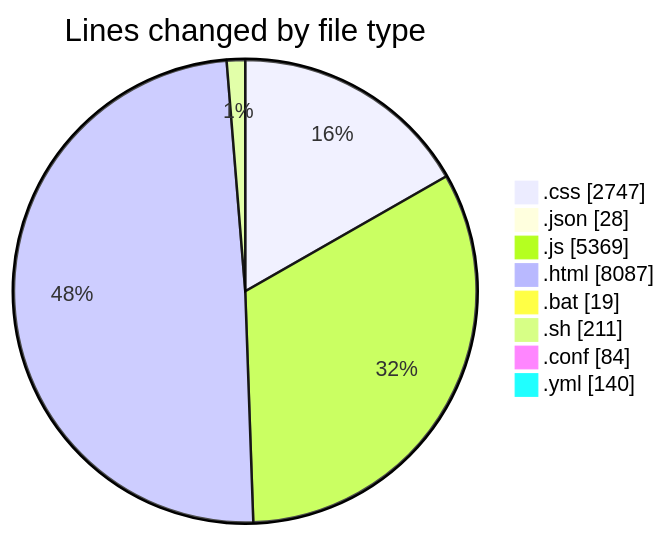
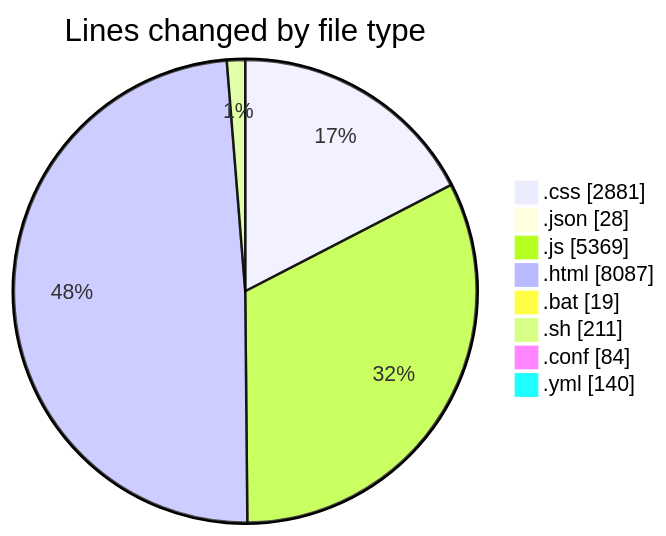
One commit to becaeroporto-bot/code-tracking changed the first of 2 diagrams in 2026-02-18/bot_v1_2/README.md. Above: the diagram before and after it, drawn with Mermaid. The commit also changed other lines of this file and 1 other file, not shown here.

````diff
--- a/2026-02-18/bot_v1_2/README.md
+++ b/2026-02-18/bot_v1_2/README.md
@@ -44,12 +44,12 @@
 ```mermaid
 pie showData
 title Lines changed by file type
-".css" : 2747
+".css" : 2881
 ".json" : 28
 ".js" : 5369
 ".html" : 8087
 ".bat" : 19
 ".sh" : 211
 ".conf" : 84
 ".yml" : 140
 ```
````
